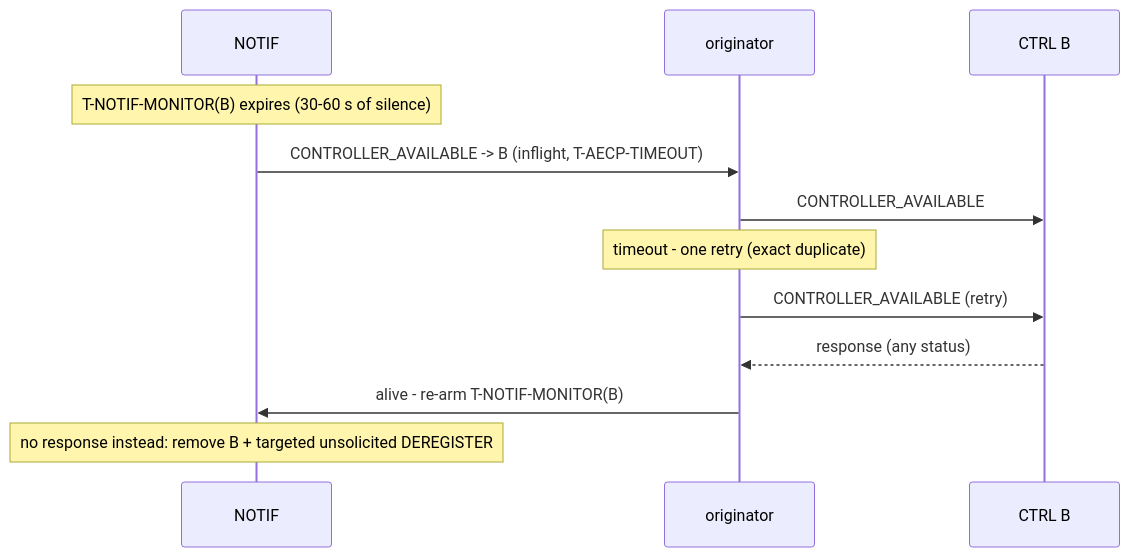
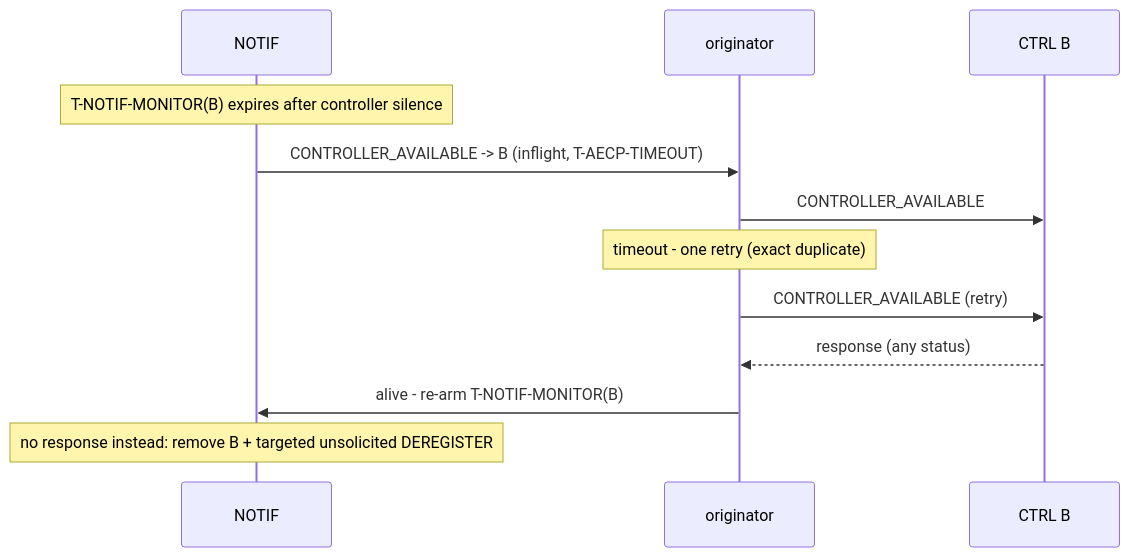
The seventh of 8 diagrams in docs/architecture/06_aecp_engine.md (Mister-M-alt/protocol-processor-control-plane-avb-milan), drawn with Mermaid before and after one commit. The commit also changed other lines of this file and 13 other files, not shown here.

````diff
--- a/docs/architecture/06_aecp_engine.md
+++ b/docs/architecture/06_aecp_engine.md
@@ -415,14 +414,14 @@
 ```mermaid
 sequenceDiagram
     participant NOTIF
     participant ORIG as originator
     participant CTRLB as CTRL B
-    Note over NOTIF: T-NOTIF-MONITOR(B) expires (30-60 s of silence)
+    Note over NOTIF: T-NOTIF-MONITOR(B) expires after controller silence
     NOTIF->>ORIG: CONTROLLER_AVAILABLE -> B (inflight, T-AECP-TIMEOUT)
     ORIG->>CTRLB: CONTROLLER_AVAILABLE
     Note over ORIG: timeout - one retry (exact duplicate)
     ORIG->>CTRLB: CONTROLLER_AVAILABLE (retry)
     CTRLB-->>ORIG: response (any status)
     ORIG->>NOTIF: alive - re-arm T-NOTIF-MONITOR(B)
     Note over NOTIF: no response instead: remove B + targeted unsolicited DEREGISTER
 ```
````
